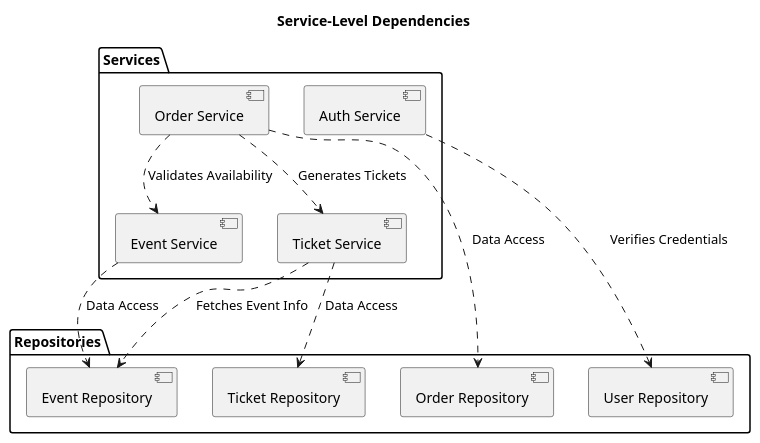
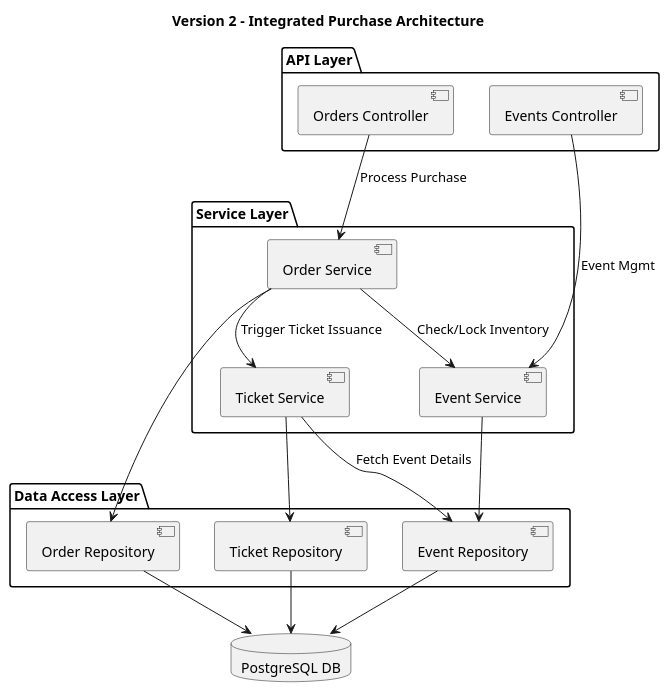
One commit to NikosKoutsoukosPrelorentzos/you-want-ticket changed the second of 3 diagrams in diagrams/COMPONENT_DIAGRAMS.md. Above: the diagram before and after it, drawn with PlantUML. The commit also changed other lines of this file and 24 other files, not shown here.

First line of the commit message:
Restructure and expand system documentation with versioned diagrams

````diff
--- a/diagrams/COMPONENT_DIAGRAMS.md
+++ b/diagrams/COMPONENT_DIAGRAMS.md
@@ -58,29 +61,42 @@
 ```plantuml
 @startuml
-title Service-Level Dependencies
+allowmixing
+title Version 2 - Integrated Purchase Architecture
 
-package "Services" {
-  [Order Service] as OS
-  [Event Service] as ES
-  [Ticket Service] as TS
-  [Auth Service] as AS
+package "API Layer" {
+  component "Events Controller" as EC
+  component "Orders Controller" as OC
 }
 
-package "Repositories" {
-  [Order Repository] as OR
-  [Event Repository] as ER
-  [Ticket Repository] as TR
-  [User Repository] as UR
+package "Service Layer" {
+  component "Order Service" as OS
+  component "Event Service" as ES
+  component "Ticket Service" as TS
 }
 
-OS ..> ES : "Validates Availability"
-OS ..> TS : "Generates Tickets"
-OS ..> OR : "Data Access"
+package "Data Access Layer" {
+  component "Order Repository" as OR
+  component "Event Repository" as ER
+  component "Ticket Repository" as TR
+}
 
-ES ..> ER : "Data Access"
-TS ..> TR : "Data Access"
-TS ..> ER : "Fetches Event Info"
-AS ..> UR : "Verifies Credentials"
+database "PostgreSQL DB" as DB
 
+OC --> OS : "Process Purchase"
+EC --> ES : "Event Mgmt"
+
+' Cross-Service Dependencies
+OS --> ES : "Check/Lock Inventory"
+OS --> TS : "Trigger Ticket Issuance"
+
+' DAL Mappings
+OS --> OR
+ES --> ER
+TS --> TR
+TS --> ER : "Fetch Event Details"
+
+OR --> DB
+ER --> DB
+TR --> DB
 @enduml
 ```
````
